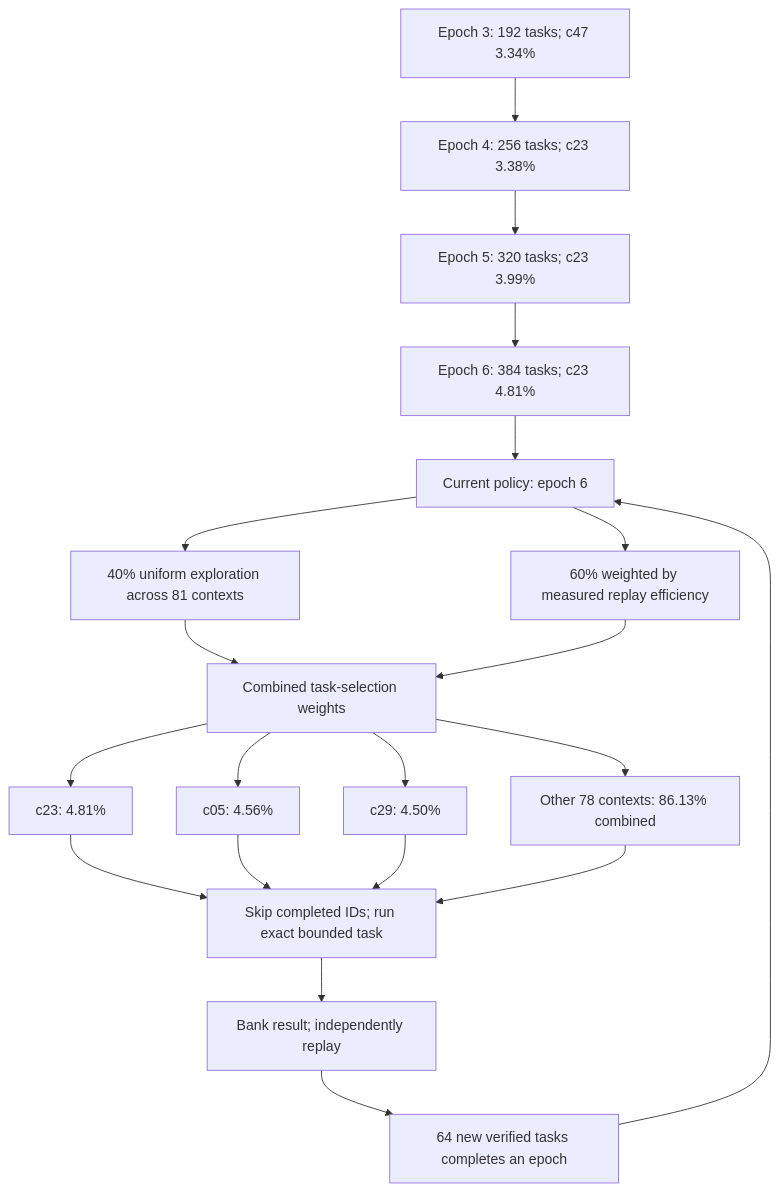
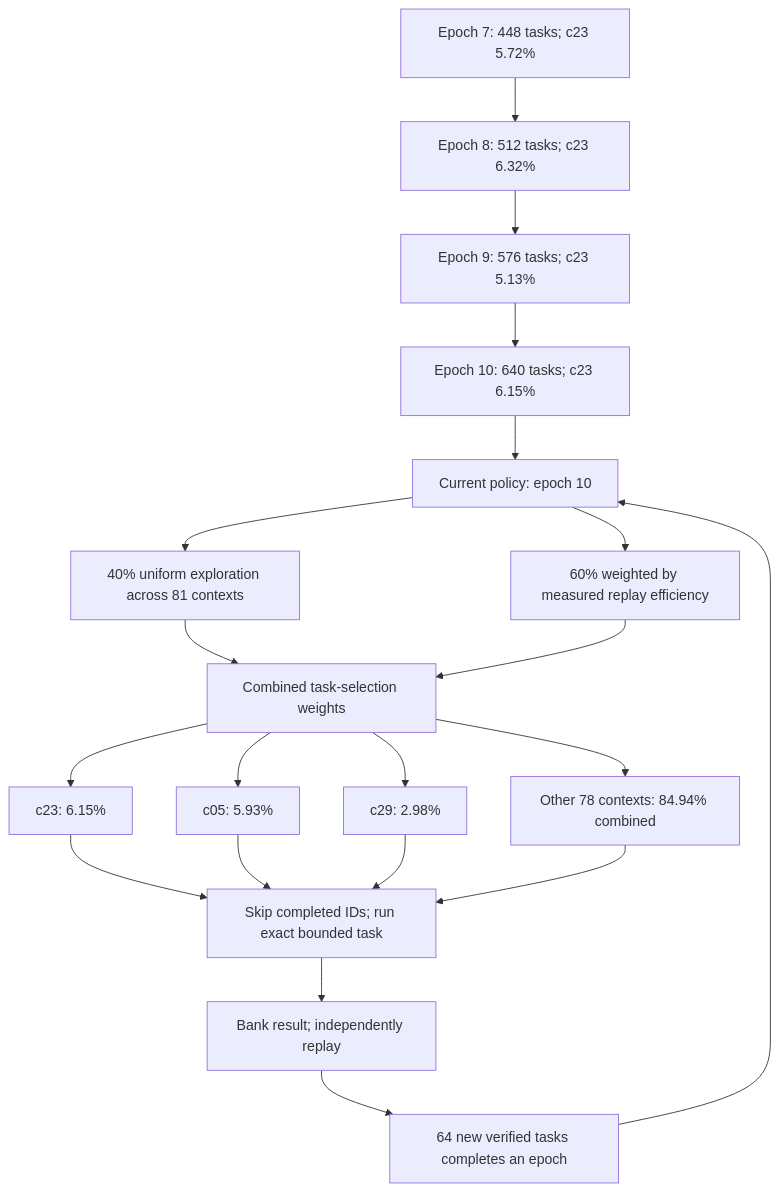
Before and after one commit to Kuberwastaken/math-gambling: the diagram in README.md, drawn with Mermaid. The commit also changed other lines of this file and 595 other files, not shown here.

````diff
--- a/README.md
+++ b/README.md
@@ -47,27 +47,27 @@
 ```mermaid
 flowchart TD
-    H0["Epoch 3: 192 tasks; c47 3.34%"]
-    H1["Epoch 4: 256 tasks; c23 3.38%"]
+    H0["Epoch 7: 448 tasks; c23 5.72%"]
+    H1["Epoch 8: 512 tasks; c23 6.32%"]
     H0 --> H1
-    H2["Epoch 5: 320 tasks; c23 3.99%"]
+    H2["Epoch 9: 576 tasks; c23 5.13%"]
     H1 --> H2
-    H3["Epoch 6: 384 tasks; c23 4.81%"]
+    H3["Epoch 10: 640 tasks; c23 6.15%"]
     H2 --> H3
-    Policy["Current policy: epoch 6"]
+    Policy["Current policy: epoch 10"]
     H3 --> Policy
     Policy --> Explore["40% uniform exploration across 81 contexts"]
     Policy --> Cost["60% weighted by measured replay efficiency"]
     Explore --> Mix["Combined task-selection weights"]
     Cost --> Mix
-    Mix --> C0["c23: 4.81%"]
-    Mix --> C1["c05: 4.56%"]
-    Mix --> C2["c29: 4.50%"]
-    Mix --> Rest["Other 78 contexts: 86.13% combined"]
+    Mix --> C0["c23: 6.15%"]
+    Mix --> C1["c05: 5.93%"]
+    Mix --> C2["c29: 2.98%"]
+    Mix --> Rest["Other 78 contexts: 84.94% combined"]
     C0 --> Check["Skip completed IDs; run exact bounded task"]
     C1 --> Check
     C2 --> Check
     Rest --> Check
     Check --> Replay["Bank result; independently replay"]
     Replay --> Gate["64 new verified tasks completes an epoch"]
     Gate --> Policy
 ```
````
